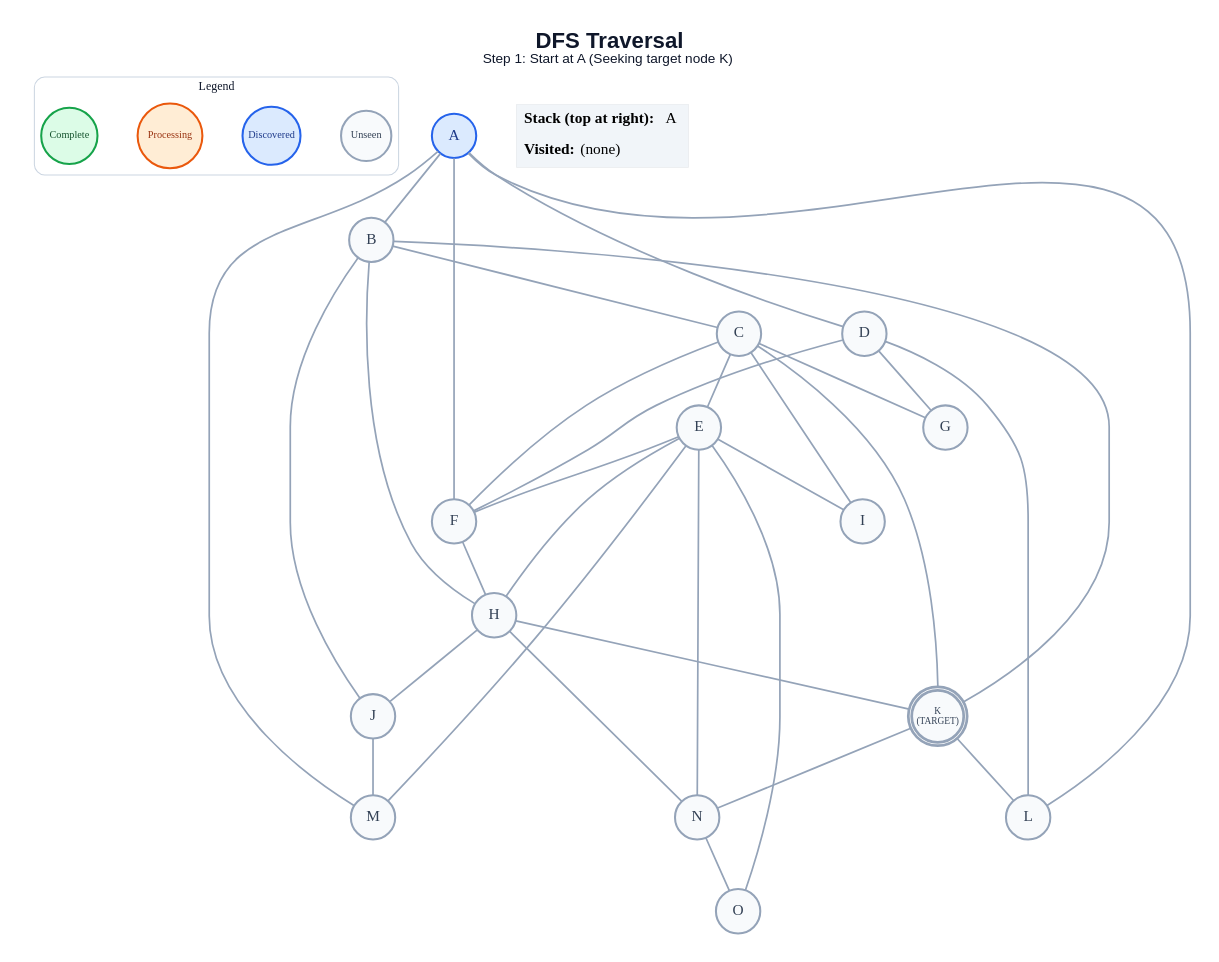
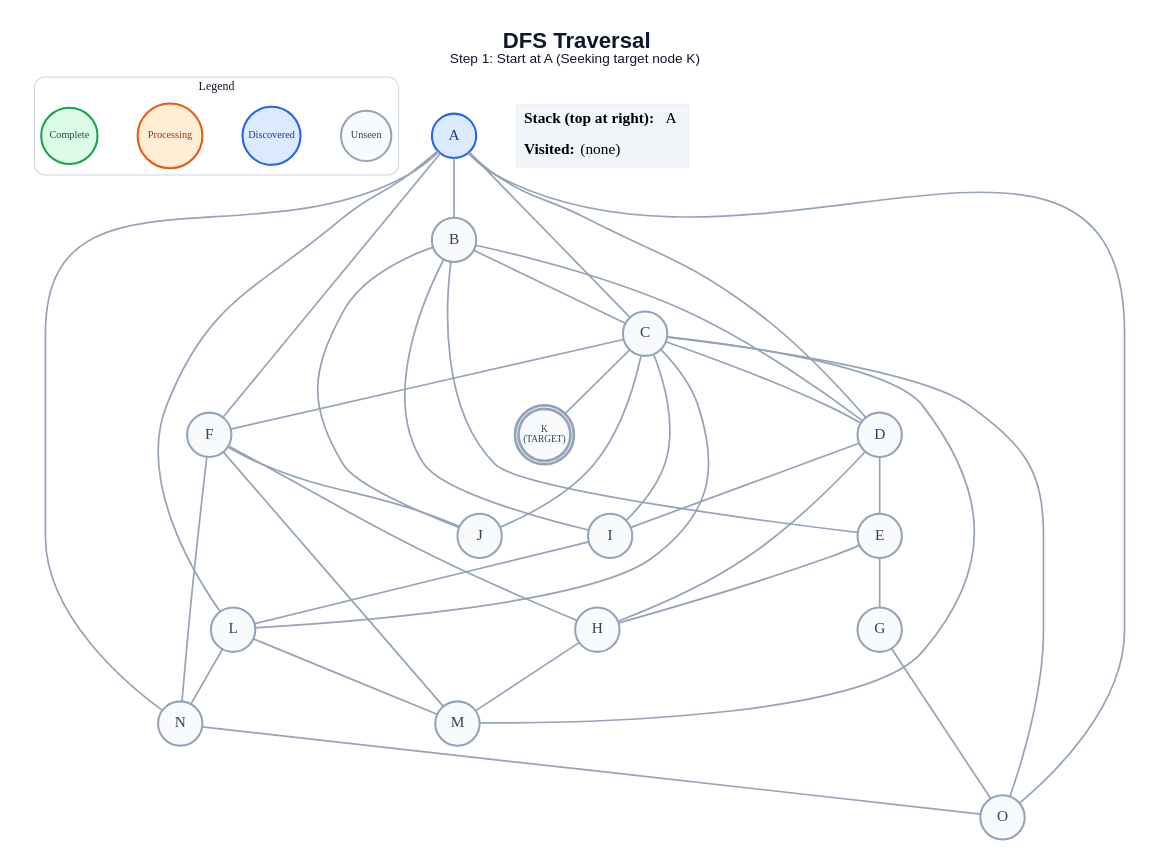
The diagram in generated/dfs/step_01.dot (anon7238593-create/ai-slop), drawn with Graphviz before and after one commit. The commit also changed 258 other files, not shown here.

```diff
--- a/generated/dfs/step_01.dot
+++ b/generated/dfs/step_01.dot
@@ -1,65 +1,69 @@
 graph traversal {
   graph [layout=dot, rankdir=TB, bgcolor="#FFFFFF", pad="0.35", nodesep="0.65", ranksep="0.8", fontname="Arial"];
   node [shape=circle, style="filled", fontname="Arial Bold", fontsize=18, width=0.72, fixedsize=true, penwidth=2.4];
   edge [color="#94A3B8", penwidth=2.0];
   label=<<B>DFS Traversal</B><BR/><FONT POINT-SIZE="16">Step 1: Start at A (Seeking target node K)</FONT>>; labelloc="t"; fontsize=26; fontname="Arial"; fontcolor="#0F172A";
   subgraph cluster_legend { label="Legend"; color="#CBD5E1"; penwidth=1.2; style="rounded"; fontsize=14; fontname="Arial Bold";
     key_unseen [label="Unseen", fillcolor="#F8FAFC", color="#94A3B8", fontcolor="#334155", fontsize=12, width=0.82];
     key_frontier [label="Discovered", fillcolor="#DBEAFE", color="#2563EB", fontcolor="#1E3A8A", fontsize=12, width=0.95];
     key_current [label="Processing", fillcolor="#FFEDD5", color="#EA580C", fontcolor="#9A3412", fontsize=12, width=1.05];
     key_done [label="Complete", fillcolor="#DCFCE7", color="#16A34A", fontcolor="#14532D", fontsize=12, width=0.92];
     { rank=same; key_unseen; key_frontier; key_current; key_done; }
   }
   A [label="A", fillcolor="#DBEAFE", color="#2563EB", fontcolor="#1E3A8A", peripheries=1, penwidth=2.4];
   B [label="B", fillcolor="#F8FAFC", color="#94A3B8", fontcolor="#334155", peripheries=1, penwidth=2.4];
   C [label="C", fillcolor="#F8FAFC", color="#94A3B8", fontcolor="#334155", peripheries=1, penwidth=2.4];
   D [label="D", fillcolor="#F8FAFC", color="#94A3B8", fontcolor="#334155", peripheries=1, penwidth=2.4];
   E [label="E", fillcolor="#F8FAFC", color="#94A3B8", fontcolor="#334155", peripheries=1, penwidth=2.4];
   F [label="F", fillcolor="#F8FAFC", color="#94A3B8", fontcolor="#334155", peripheries=1, penwidth=2.4];
   G [label="G", fillcolor="#F8FAFC", color="#94A3B8", fontcolor="#334155", peripheries=1, penwidth=2.4];
   H [label="H", fillcolor="#F8FAFC", color="#94A3B8", fontcolor="#334155", peripheries=1, penwidth=2.4];
   I [label="I", fillcolor="#F8FAFC", color="#94A3B8", fontcolor="#334155", peripheries=1, penwidth=2.4];
   J [label="J", fillcolor="#F8FAFC", color="#94A3B8", fontcolor="#334155", peripheries=1, penwidth=2.4];
   K [label="K\n(TARGET)", fillcolor="#F8FAFC", color="#94A3B8", fontcolor="#334155", peripheries=2, penwidth=3.2, fontsize=11, width=0.85, height=0.85];
   L [label="L", fillcolor="#F8FAFC", color="#94A3B8", fontcolor="#334155", peripheries=1, penwidth=2.4];
   M [label="M", fillcolor="#F8FAFC", color="#94A3B8", fontcolor="#334155", peripheries=1, penwidth=2.4];
   N [label="N", fillcolor="#F8FAFC", color="#94A3B8", fontcolor="#334155", peripheries=1, penwidth=2.4];
   O [label="O", fillcolor="#F8FAFC", color="#94A3B8", fontcolor="#334155", peripheries=1, penwidth=2.4];
   A -- B;
+  A -- C;
   A -- D;
   A -- F;
   A -- L;
-  A -- M;
+  A -- N;
+  A -- O;
   B -- C;
-  B -- H;
+  B -- D;
+  B -- E;
+  B -- I;
   B -- J;
-  B -- K;
-  C -- E;
+  C -- D;
   C -- F;
-  C -- G;
   C -- I;
+  C -- J;
   C -- K;
-  D -- F;
-  D -- G;
-  D -- L;
-  E -- F;
+  C -- L;
+  C -- M;
+  C -- O;
+  D -- E;
+  D -- H;
+  D -- I;
+  E -- G;
   E -- H;
-  E -- I;
-  E -- M;
-  E -- N;
-  E -- O;
   F -- H;
-  H -- J;
-  H -- K;
-  H -- N;
-  J -- M;
-  K -- L;
-  K -- N;
+  F -- J;
+  F -- M;
+  F -- N;
+  G -- O;
+  H -- M;
+  I -- L;
+  L -- M;
+  L -- N;
   N -- O;
   status [shape=plain, fixedsize=false, width=0, height=0, margin=0, label=<
     <TABLE BORDER="0" CELLBORDER="0" CELLPADDING="7" BGCOLOR="#F1F5F9">
       <TR><TD ALIGN="LEFT"><B>Stack (top at right):</B> A</TD></TR>
       <TR><TD ALIGN="LEFT"><B>Visited:</B> (none)</TD></TR>
     </TABLE>
   >];
 }
```
